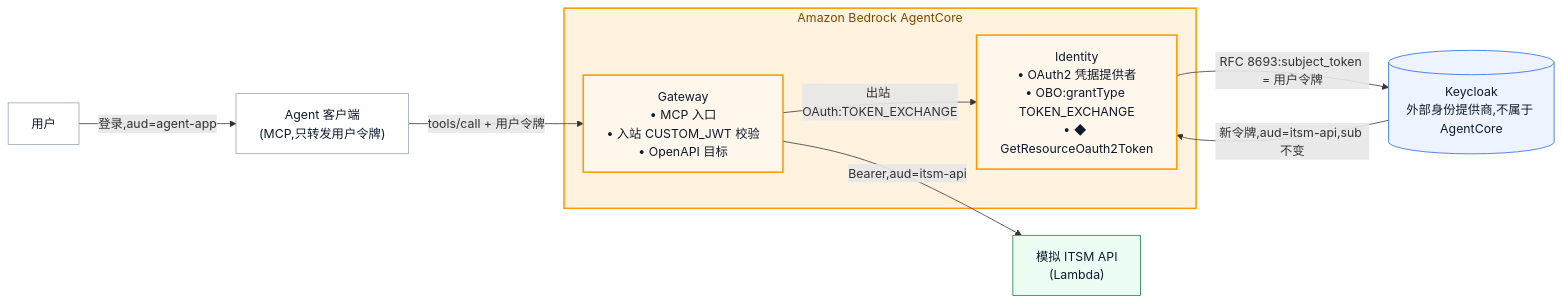
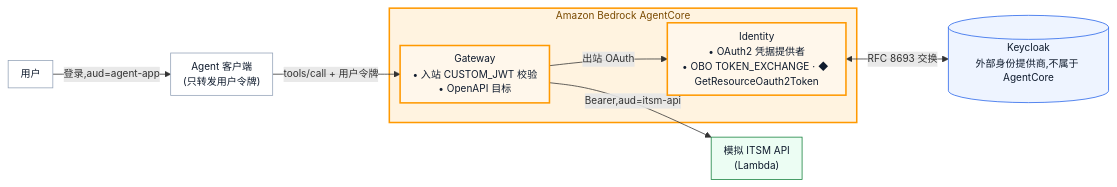
One commit to zanbei/agentcore-delegated-auth-poc changed the diagram in docs/diagrams/poc1-zh.mmd. Above: the diagram before and after it, drawn with Mermaid. The commit also changed 5 other files, not shown here.

Commit message:
Make architecture diagrams compact

```diff
--- a/docs/diagrams/poc1-zh.mmd
+++ b/docs/diagrams/poc1-zh.mmd
@@ -1,20 +1,21 @@
+%%{init: {"flowchart": {"nodeSpacing": 18, "rankSpacing": 28, "padding": 8}, "themeVariables": {"fontSize": "13px"}}}%%
 flowchart LR
-    U[用户] -->|"登录,aud=agent-app"| C["Agent 客户端<br/>(MCP,只转发用户令牌)"]
+    U["用户"] -->|"登录,aud=agent-app"| C["Agent 客户端<br/>(只转发用户令牌)"]
     C -->|"tools/call + 用户令牌"| G
     subgraph AC["Amazon Bedrock AgentCore"]
-        G["Gateway<br/>• MCP 入口<br/>• 入站 CUSTOM_JWT 校验<br/>• OpenAPI 目标"]
-        I["Identity<br/>• OAuth2 凭据提供者<br/>• OBO:grantType TOKEN_EXCHANGE<br/>• ◆ GetResourceOauth2Token"]
-        G -->|"出站 OAuth:TOKEN_EXCHANGE"| I
+        G["Gateway<br/>• 入站 CUSTOM_JWT 校验<br/>• OpenAPI 目标"]
+        I["Identity<br/>• OAuth2 凭据提供者<br/>• OBO TOKEN_EXCHANGE · ◆ GetResourceOauth2Token"]
+        G -->|"出站 OAuth"| I
     end
-    I -->|"RFC 8693:subject_token = 用户令牌"| K[("Keycloak<br/>外部身份提供商,不属于 AgentCore")]
-    K -->|"新令牌,aud=itsm-api,sub 不变"| I
+    I <-->|"RFC 8693 交换"| K[("Keycloak<br/>外部身份提供商,不属于 AgentCore")]
     G -->|"Bearer,aud=itsm-api"| D["模拟 ITSM API<br/>(Lambda)"]
     classDef agentcore fill:#fff7eb,stroke:#ff9900,stroke-width:2px,color:#0f1b2d
     classDef idp fill:#eef4ff,stroke:#2563eb,color:#0f1b2d
     classDef app fill:#ffffff,stroke:#94a3b8,color:#0f1b2d
     classDef down fill:#ecfdf3,stroke:#15803d,color:#0f1b2d
+    classDef risk fill:#fff1f0,stroke:#b42318,stroke-dasharray:5 4,color:#0f1b2d
+    style AC fill:#fff3e0,stroke:#ff9900,stroke-width:2px,color:#7a4a00
     class G,I agentcore
     class K idp
     class U,C app
     class D down
-    style AC fill:#fff3e0,stroke:#ff9900,stroke-width:2px,color:#7a4a00
```
